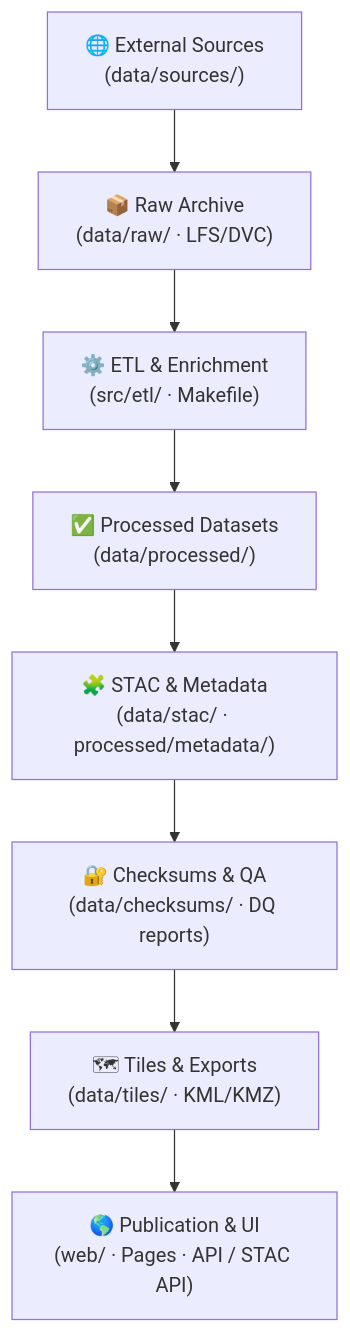
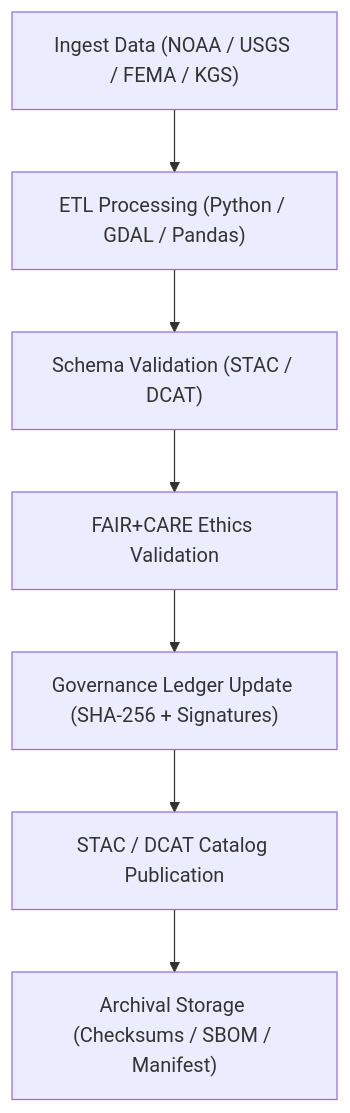
The second of 3 diagrams in docs/architecture/data-architecture.md (bartytime4life/Kansas-Frontier-Matrix), drawn with Mermaid before and after one commit. The commit also changed other lines of this file, not shown here.

````diff
--- a/docs/architecture/data-architecture.md
+++ b/docs/architecture/data-architecture.md
@@ -62,10 +107,9 @@
 ```mermaid
 flowchart TD
-  A["🌐 External Sources\n(data/sources/)"] --> B["📦 Raw Archive\n(data/raw/ · LFS/DVC)"]
-  B --> C["⚙️ ETL & Enrichment\n(src/etl/ · Makefile)"]
-  C --> D["✅ Processed Datasets\n(data/processed/)"]
-  D --> E["🧩 STAC & Metadata\n(data/stac/ · processed/metadata/)"]
-  E --> F["🔐 Checksums & QA\n(data/checksums/ · DQ reports)"]
-  F --> G["🗺 Tiles & Exports\n(data/tiles/ · KML/KMZ)"]
-  G --> H["🌎 Publication & UI\n(web/ · Pages · API / STAC API)"]
+  A["Ingest Data (NOAA / USGS / FEMA / KGS)"] --> B["ETL Processing (Python / GDAL / Pandas)"]
+  B --> C["Schema Validation (STAC / DCAT)"]
+  C --> D["FAIR+CARE Ethics Validation"]
+  D --> E["Governance Ledger Update (SHA-256 + Signatures)"]
+  E --> F["STAC / DCAT Catalog Publication"]
+  F --> G["Archival Storage (Checksums / SBOM / Manifest)"]
 ```
````
